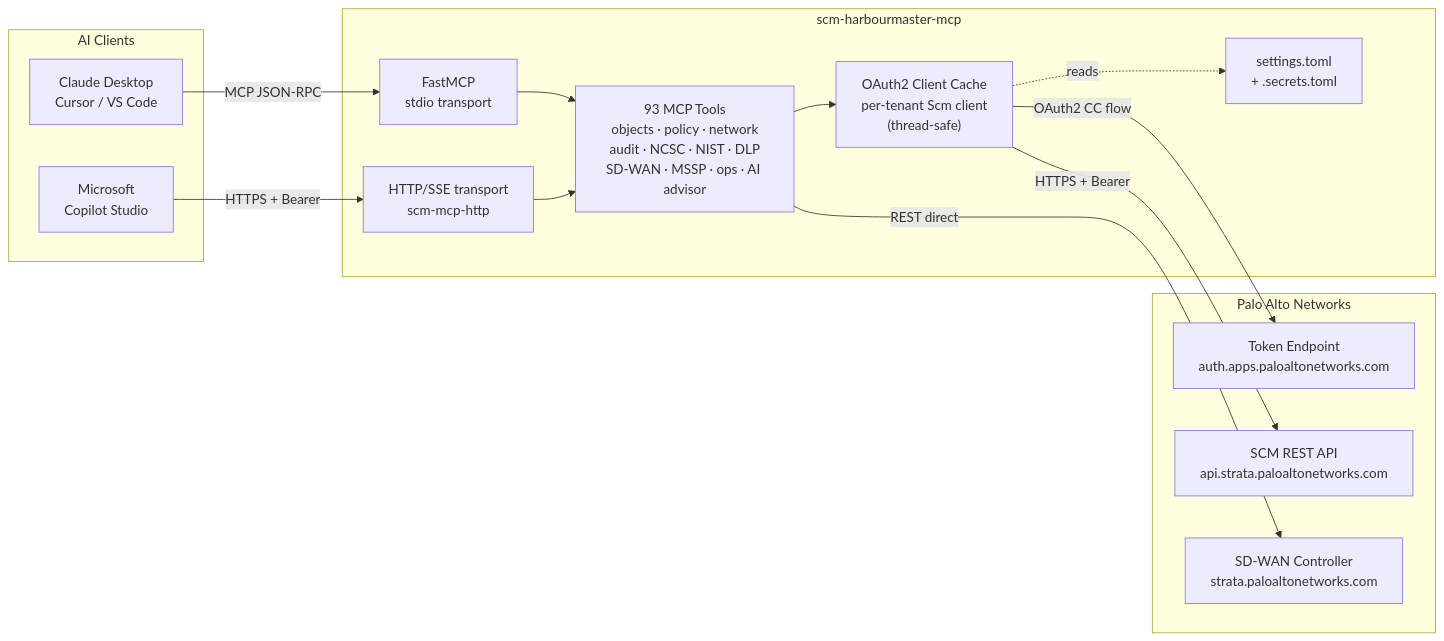
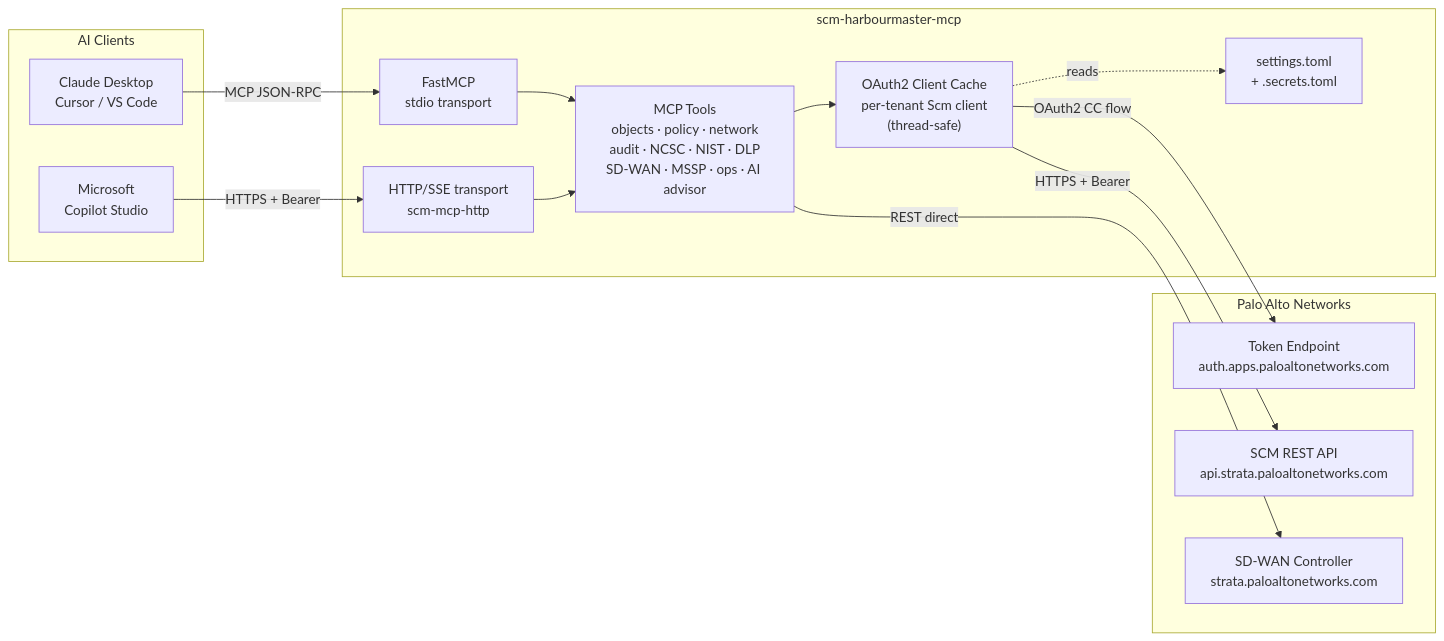
Before and after one commit to silverbacksecurity/scm-harbourmaster-mcp: the first of 3 diagrams in README.md, drawn with Mermaid. The commit also changed other lines of this file and 83 other files, not shown here.

````diff
--- a/README.md
+++ b/README.md
@@ -68,30 +68,30 @@
 ```mermaid
 graph LR
     subgraph clients["AI Clients"]
         claude["Claude Desktop\nCursor / VS Code"]
         copilot["Microsoft\nCopilot Studio"]
     end
 
     subgraph server["scm-harbourmaster-mcp"]
         stdio["FastMCP\nstdio transport"]
         http["HTTP/SSE transport\nscm-mcp-http"]
-        tools["93 MCP Tools\nobjects · policy · network\naudit · NCSC · NIST · DLP\nSD-WAN · MSSP · ops · AI advisor"]
+        tools["MCP Tools\nobjects · policy · network\naudit · NCSC · NIST · DLP\nSD-WAN · MSSP · ops · AI advisor"]
         cache["OAuth2 Client Cache\nper-tenant Scm client\n(thread-safe)"]
         cfg["settings.toml\n+ .secrets.toml"]
     end
 
     subgraph pan["Palo Alto Networks"]
         tok["Token Endpoint\nauth.apps.paloaltonetworks.com"]
         scm["SCM REST API\napi.strata.paloaltonetworks.com"]
         sdwan["SD-WAN Controller\nstrata.paloaltonetworks.com"]
     end
 
     claude -->|"MCP JSON-RPC"| stdio
     copilot -->|"HTTPS + Bearer"| http
     stdio & http --> tools
     tools --> cache
     cache -.->|reads| cfg
     cache -->|"OAuth2 CC flow"| tok
     cache -->|"HTTPS + Bearer"| scm
     tools -->|"REST direct"| sdwan
 ```
````
